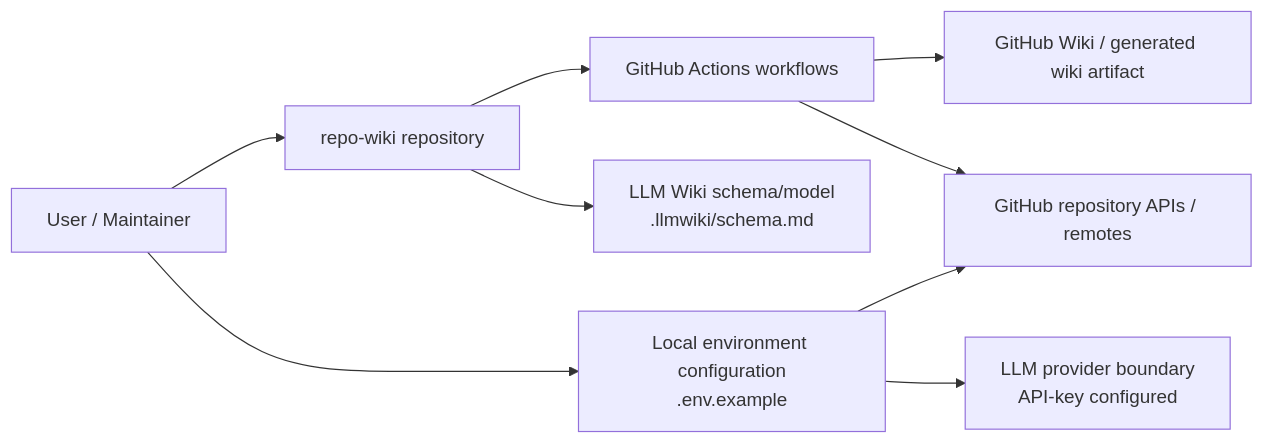
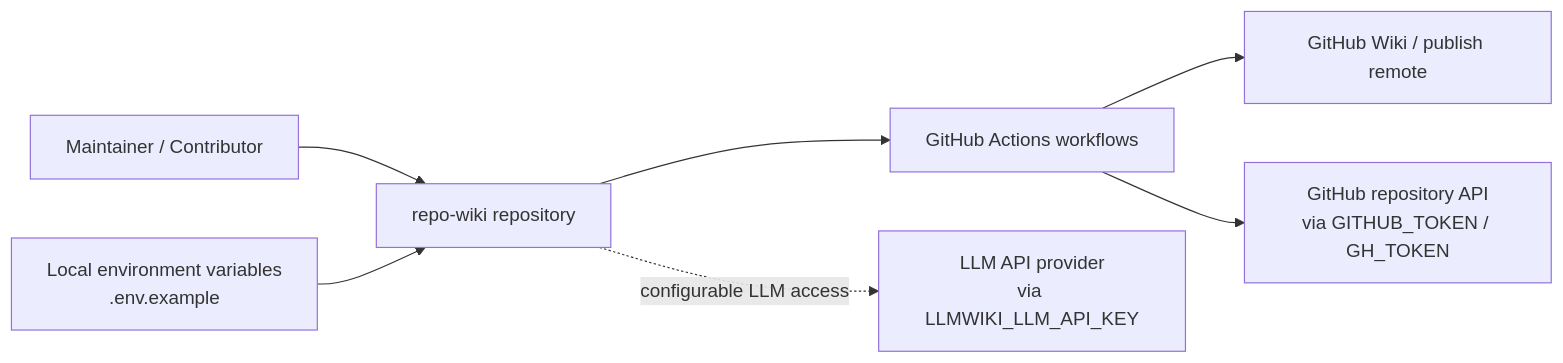
One commit to mfittko/repo-wiki changed the first of 4 diagrams in Architecture.md. Above: the diagram before and after it, drawn with Mermaid. The commit also changed other lines of this file and 43 other files, not shown here.

Commit message:
Compile repository wiki 2026-05-14T14:58:28.235Z

````diff
--- a/Architecture.md
+++ b/Architecture.md
@@ -43,20 +46,17 @@
 ```mermaid
 flowchart LR
-  User["User / Maintainer"]
-  Repo["repo-wiki repository"]
-  Env["Local environment configuration<br/>.env.example"]
-  Schema["LLM Wiki schema/model<br/>.llmwiki/schema.md"]
-  Actions["GitHub Actions workflows"]
-  Wiki["GitHub Wiki / generated wiki artifact"]
-  GitHub["GitHub repository APIs / remotes"]
-  LLM["LLM provider boundary<br/>API-key configured"]
+    Maintainer["Maintainer / Contributor"]
+    Repo["repo-wiki repository"]
+    Env["Local environment variables<br/>.env.example"]
+    Actions["GitHub Actions workflows"]
+    Wiki["GitHub Wiki / publish remote"]
+    LLM["LLM API provider<br/>via LLMWIKI_LLM_API_KEY"]
+    GitHub["GitHub repository API<br/>via GITHUB_TOKEN / GH_TOKEN"]
 
-  User --> Repo
-  User --> Env
-  Repo --> Schema
-  Repo --> Actions
-  Actions --> Wiki
-  Actions --> GitHub
-  Env --> GitHub
-  Env --> LLM
+    Maintainer --> Repo
+    Env --> Repo
+    Repo --> Actions
+    Actions --> Wiki
+    Actions --> GitHub
+    Repo -. configurable LLM access .-> LLM
 ```
````
